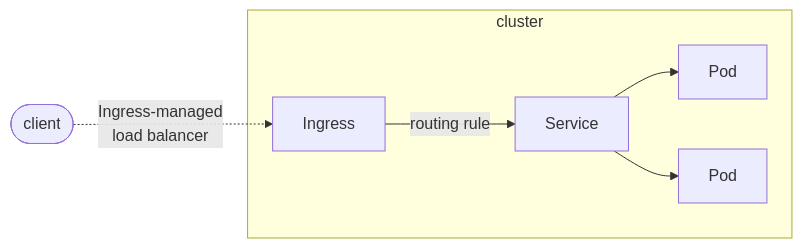
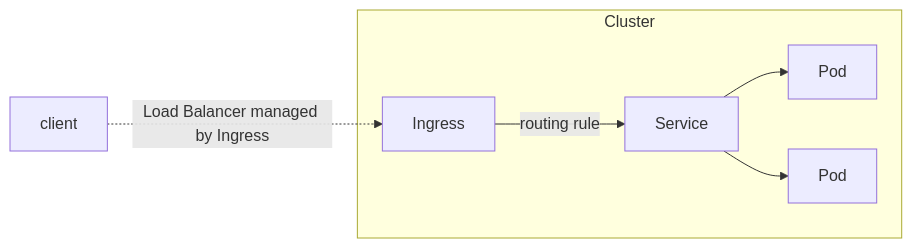
One commit to gazebo-web/cloudsim changed the diagram in pkg/orchestrator/README.md. Above: the diagram before and after it, drawn with Mermaid.

Commit message:
Update Ingress mermaid graph.

````diff
--- a/pkg/orchestrator/README.md
+++ b/pkg/orchestrator/README.md
@@ -40,10 +40,10 @@
 ```mermaid
 graph LR;
-  client([client])-. Ingress-managed <br> load balancer .->ingress[Ingress];
+  client[client]-. Load Balancer managed by Ingress .->ingress[Ingress];
   ingress-->|routing rule|service[Service];
-  subgraph cluster
+  subgraph cluster[Cluster]
   ingress;
   service-->pod1[Pod];
   service-->pod2[Pod];
   end
 ```
````
